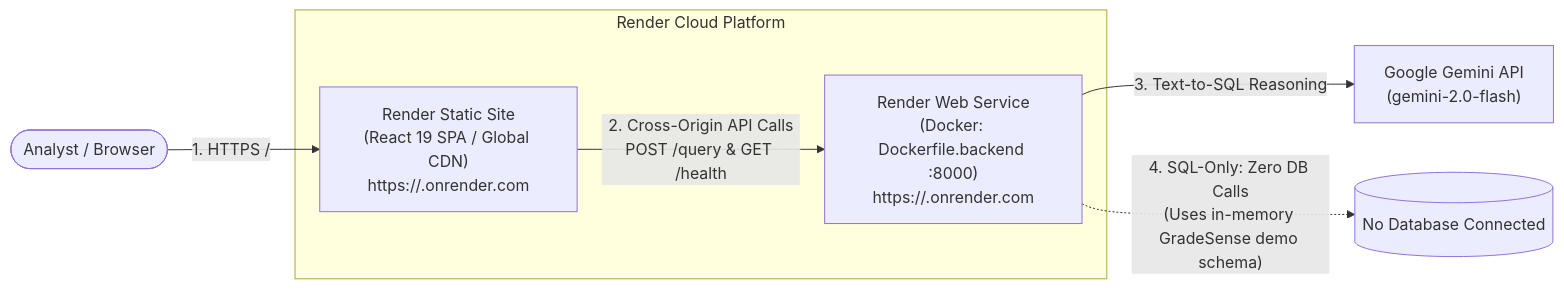
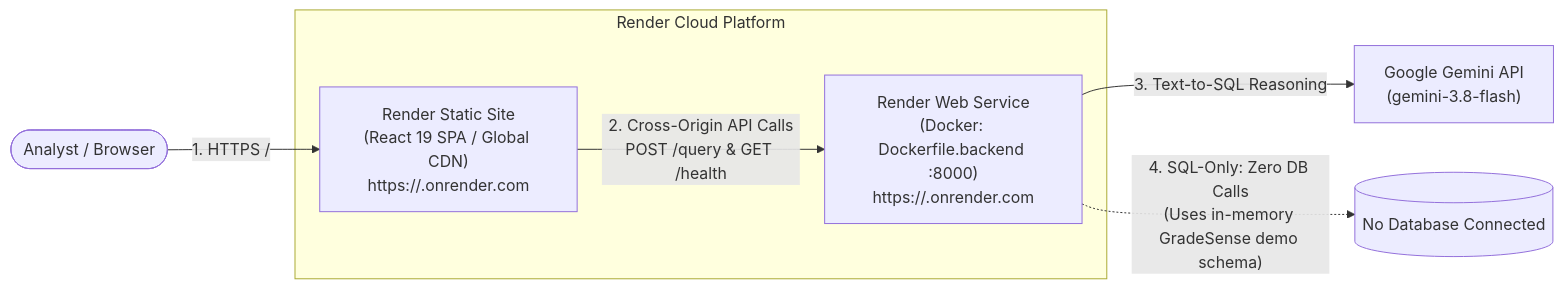
One commit to Yash-Kakadiya/query-pilot changed the diagram in docs/deployment.md. Above: the diagram before and after it, drawn with Mermaid. The commit also changed other lines of this file and 12 other files, not shown here.

````diff
--- a/docs/deployment.md
+++ b/docs/deployment.md
@@ -14,16 +14,16 @@
 ```mermaid
 flowchart LR
     User([Analyst / Browser])
 
     subgraph Render ["Render Cloud Platform"]
         Frontend["Render Static Site\n(React 19 SPA / Global CDN)\nhttps://<frontend-site>.onrender.com"]
         Backend["Render Web Service\n(Docker: Dockerfile.backend :8000)\nhttps://<backend-service>.onrender.com"]
     end
 
-    Gemini["Google Gemini API\n(gemini-2.0-flash)"]
+    Gemini["Google Gemini API\n(gemini-3.8-flash)"]
 
     User -->|"1. HTTPS /"| Frontend
     Frontend -->|"2. Cross-Origin API Calls\nPOST /query & GET /health"| Backend
     Backend -->|"3. Text-to-SQL Reasoning"| Gemini
     Backend -.->|"4. SQL-Only: Zero DB Calls\n(Uses in-memory GradeSense demo schema)"| DB[(No Database Connected)]
 ```
````
